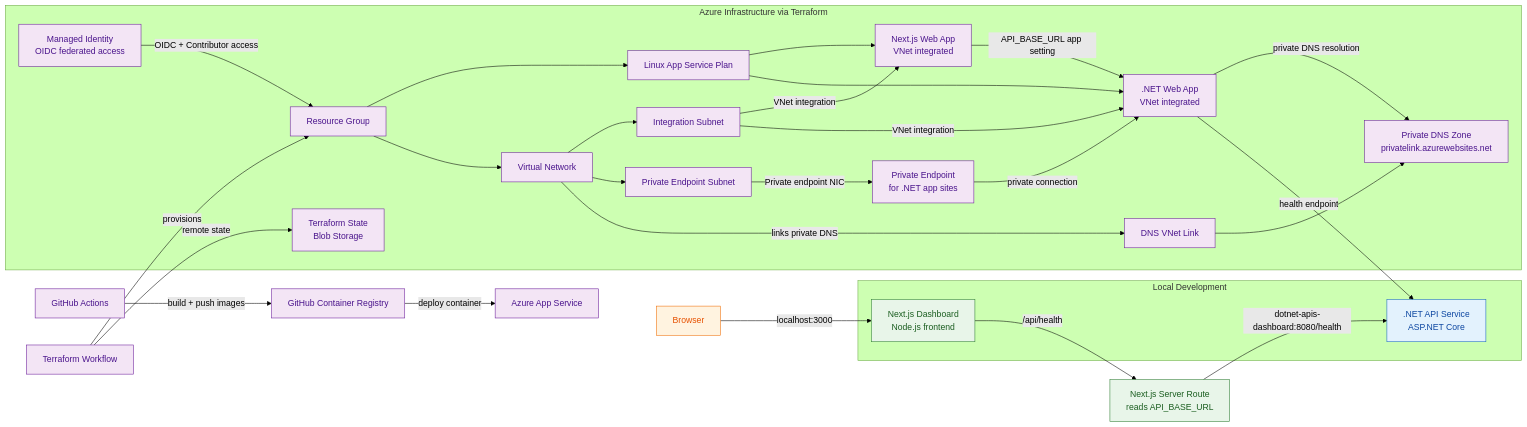
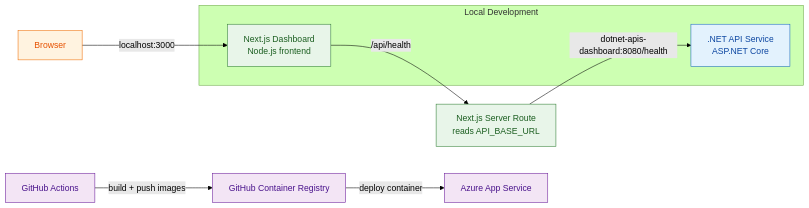
The diagram in README.md (vermavarun/_TheApplication), drawn with Mermaid (forest theme) before and after one commit. The commit also changed other lines of this file and 2 other files, not shown here.

Commit message:
Refactor Terraform workflow and update README for clarity and accuracy

````diff
--- a/README.md
+++ b/README.md
@@ -7,61 +7,25 @@
 ```mermaid
 flowchart LR
     User[Browser] -->|localhost:3000| Dashboard[Next.js Dashboard\nNode.js frontend]
     Dashboard -->|/api/health| NodeRoute[Next.js Server Route\nreads API_BASE_URL]
     NodeRoute -->|dotnet-apis-dashboard:8080/health| ApiService[.NET API Service\nASP.NET Core]
 
     subgraph Local[Local Development]
         Dashboard
         ApiService
     end
 
     GitHub[GitHub Actions] -->|build + push images| GHCR[GitHub Container Registry]
     GHCR -->|deploy container| Azure[Azure App Service]
 
-    subgraph AzureInfra[Azure Infrastructure via Terraform]
-        RG[Resource Group]
-        Plan[Linux App Service Plan]
-        VNet[Virtual Network]
-        subnetApp[Integration Subnet]
-        subnetPE[Private Endpoint Subnet]
-        FrontendWeb[Next.js Web App\nVNet integrated]
-        BackendWeb[.NET Web App\nVNet integrated]
-        PE[Private Endpoint\nfor .NET app sites]
-        DNS[Private DNS Zone\nprivatelink.azurewebsites.net]
-        VNetLink[DNS VNet Link]
-        MI[Managed Identity\nOIDC federated access]
-        State[Terraform State\nBlob Storage]
-    end
-
-    Terraform[Terraform Workflow] -->|provisions| RG
-    RG --> Plan
-    RG --> VNet
-    VNet --> subnetApp
-    VNet --> subnetPE
-    Plan --> FrontendWeb
-    Plan --> BackendWeb
-    subnetApp -->|VNet integration| FrontendWeb
-    subnetApp -->|VNet integration| BackendWeb
-    subnetPE -->|Private endpoint NIC| PE
-    PE -->|private connection| BackendWeb
-    VNet -->|links private DNS| VNetLink
-    VNetLink --> DNS
-    MI -->|OIDC + Contributor access| RG
-    Terraform -->|remote state| State
-
-    FrontendWeb -->|API_BASE_URL app setting| BackendWeb
-    BackendWeb -->|private DNS resolution| DNS
-    BackendWeb -->|health endpoint| ApiService
-
     classDef frontend fill:#e8f5e9,stroke:#2e7d32,color:#1b5e20,stroke-width:1px;
     classDef server fill:#e3f2fd,stroke:#1565c0,color:#0d47a1,stroke-width:1px;
     classDef user fill:#fff3e0,stroke:#ef6c00,color:#e65100,stroke-width:1px;
     classDef infra fill:#f3e5f5,stroke:#6a1b9a,color:#4a148c,stroke-width:1px;
 
     class User user;
     class Dashboard frontend;
     class NodeRoute frontend;
     class ApiService server;
-    class RG,Plan,VNet,subnetApp,subnetPE,FrontendWeb,BackendWeb,PE,DNS,VNetLink,MI,State infra;
-    class GitHub,GHCR,Terraform,Azure infra;
+    class GitHub,GHCR,Azure infra;
 ```
````
